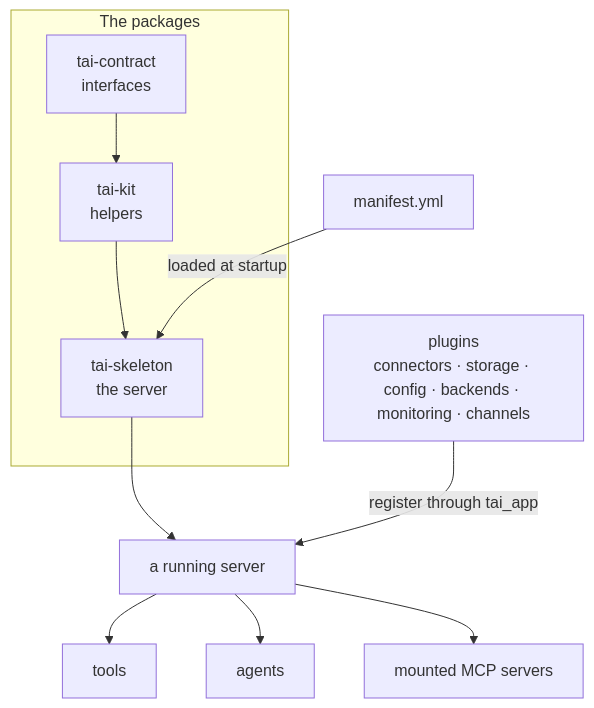
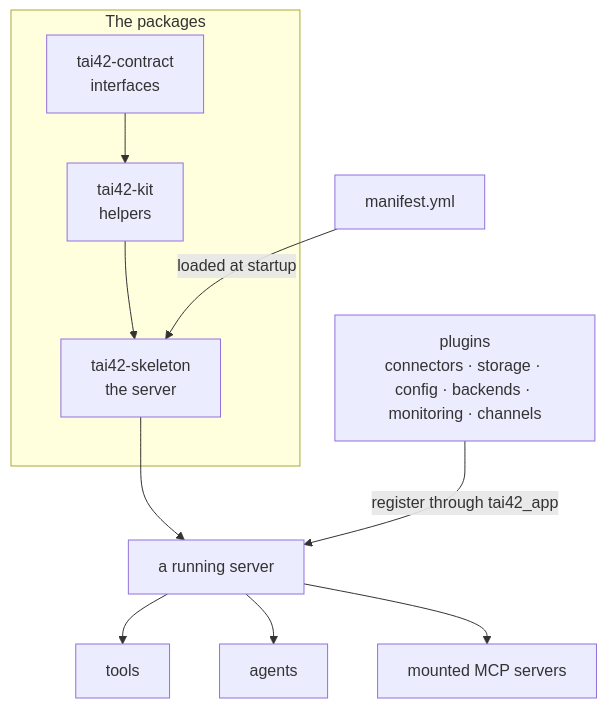
The diagram in getting-started/mental-model.mdx (tai42ai/tai-docs), drawn with Mermaid before and after one commit. The commit also changed other lines of this file and 129 other files, not shown here.

````diff
--- a/getting-started/mental-model.mdx
+++ b/getting-started/mental-model.mdx
@@ -16,12 +16,12 @@
 ```mermaid
 flowchart TD
     subgraph packages["The packages"]
-        C["tai-contract<br/>interfaces"] --> K["tai-kit<br/>helpers"] --> S["tai-skeleton<br/>the server"]
+        C["tai42-contract<br/>interfaces"] --> K["tai42-kit<br/>helpers"] --> S["tai42-skeleton<br/>the server"]
     end
     M["manifest.yml"] -->|loaded at startup| S
     S --> R["a running server"]
     R --> T["tools"]
     R --> A["agents"]
     R --> X["mounted MCP servers"]
-    P["plugins<br/>connectors · storage · config · backends · monitoring · channels"] -->|register through tai_app| R
+    P["plugins<br/>connectors · storage · config · backends · monitoring · channels"] -->|register through tai42_app| R
 ```
````
